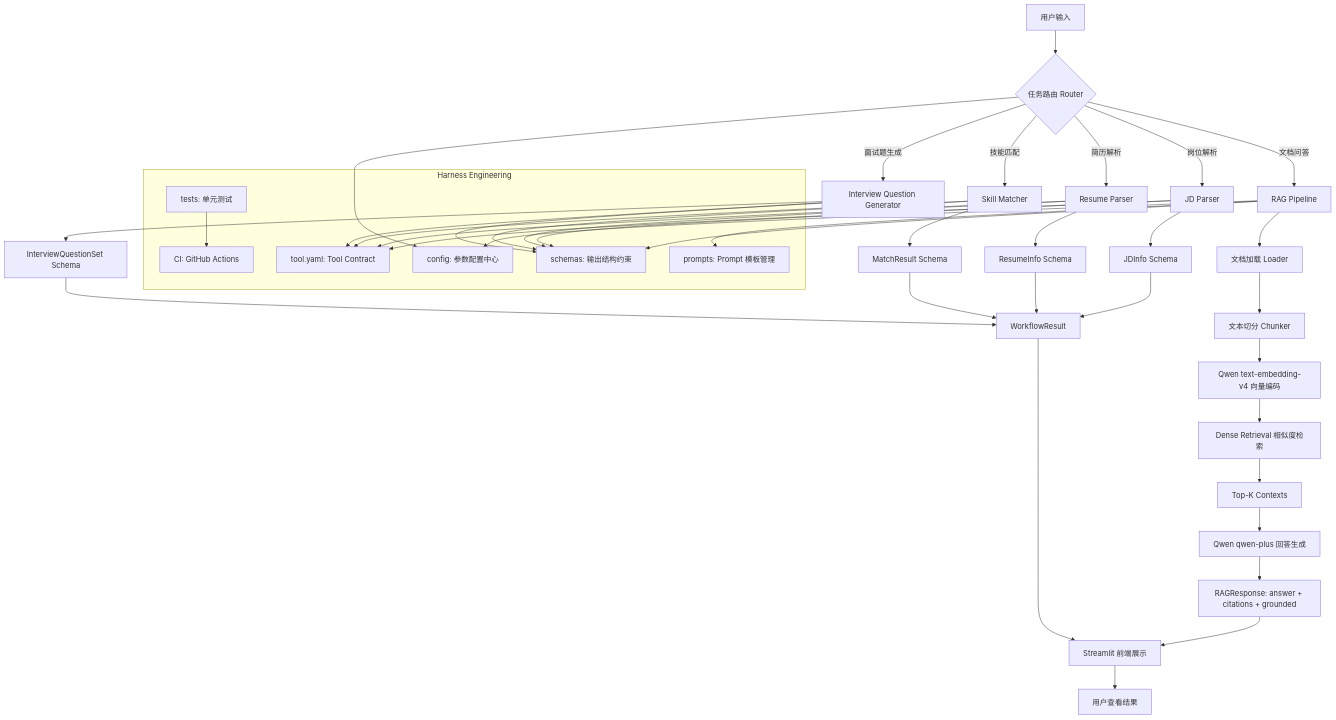
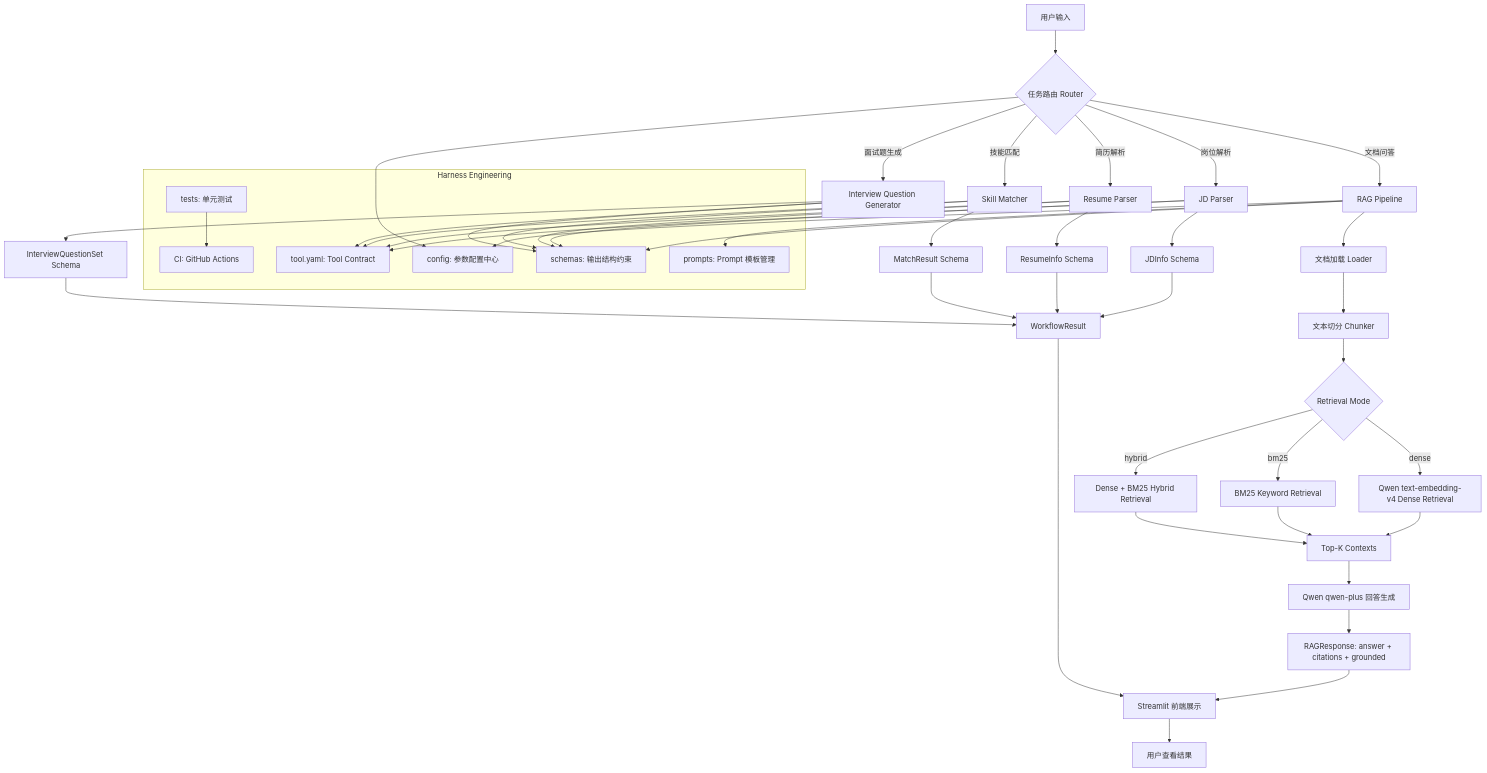
One commit to lFeynman/offermate-rag changed the first of 2 diagrams in README.md. Above: the diagram before and after it, drawn with Mermaid. The commit also changed other lines of this file and 7 other files, not shown here.

Commit message:
update README for BM25 and hybrid retrieval support

````diff
--- a/README.md
+++ b/README.md
@@ -92,55 +118,62 @@
 ```mermaid
 flowchart TD
     A[用户输入] --> B{任务路由 Router}
 
     B -->|文档问答| C[RAG Pipeline]
     B -->|岗位解析| D[JD Parser]
     B -->|简历解析| E[Resume Parser]
     B -->|技能匹配| F[Skill Matcher]
     B -->|面试题生成| G[Interview Question Generator]
 
     C --> C1[文档加载 Loader]
     C1 --> C2[文本切分 Chunker]
-    C2 --> C3[Qwen text-embedding-v4 向量编码]
-    C3 --> C4[Dense Retrieval 相似度检索]
-    C4 --> C5[Top-K Contexts]
-    C5 --> C6[Qwen qwen-plus 回答生成]
-    C6 --> C7[RAGResponse: answer + citations + grounded]
+    C2 --> C3{Retrieval Mode}
+
+    C3 -->|dense| C4[Qwen text-embedding-v4 Dense Retrieval]
+    C3 -->|bm25| C5[BM25 Keyword Retrieval]
+    C3 -->|hybrid| C6[Dense + BM25 Hybrid Retrieval]
+
+    C4 --> C7[Top-K Contexts]
+    C5 --> C7
+    C6 --> C7
+
+    C7 --> C8[Qwen qwen-plus 回答生成]
+    C8 --> C9[RAGResponse: answer + citations + grounded]
 
     D --> D1[JDInfo Schema]
     E --> E1[ResumeInfo Schema]
     F --> F1[MatchResult Schema]
     G --> G1[InterviewQuestionSet Schema]
 
     D1 --> W[WorkflowResult]
     E1 --> W
     F1 --> W
     G1 --> W
-    C7 --> H[Streamlit 前端展示]
+    C9 --> H[Streamlit 前端展示]
     W --> H
 
     H --> I[用户查看结果]
 
     subgraph Harness Engineering
         J[schemas: 输出结构约束]
         K[prompts: Prompt 模板管理]
         L[config: 参数配置中心]
         TC[tool.yaml: Tool Contract]
         M[tests: 单元测试]
         N[CI: GitHub Actions]
     end
 
     C --> J
     D --> J
     E --> J
     F --> J
     G --> J
     B --> L
     C --> K
     C --> L
     D --> TC
     E --> TC
     F --> TC
     G --> TC
     M --> N
 ```
````
